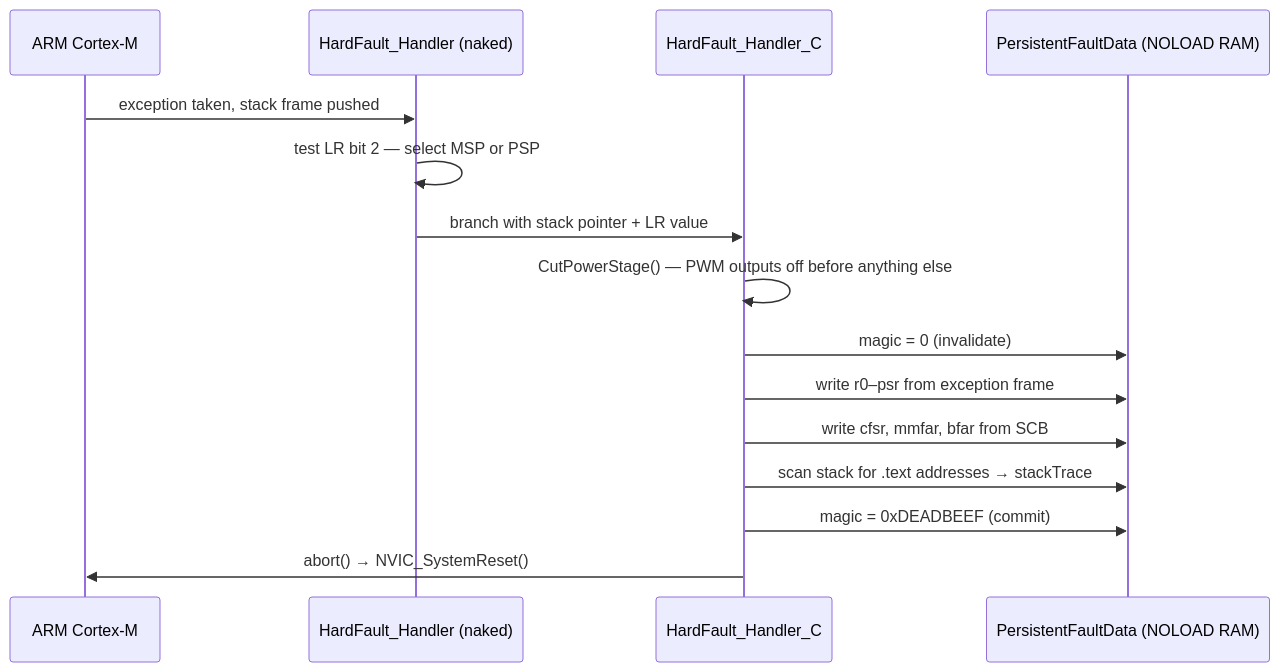
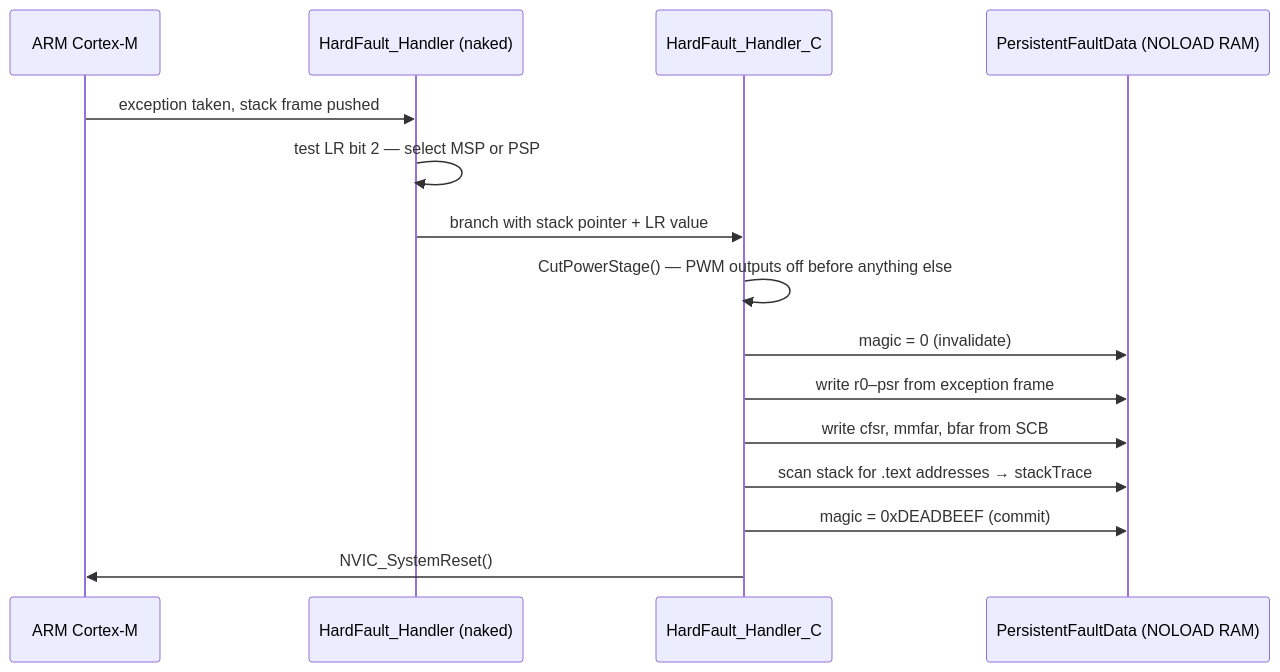
Before and after one commit to embedded-pro/e-foc: the third of 3 diagrams in documentation/design/error-handling.md, drawn with Mermaid. The commit also changed other lines of this file and 3 other files, not shown here.

````diff
--- a/documentation/design/error-handling.md
+++ b/documentation/design/error-handling.md
@@ -250,18 +264,18 @@
 ```mermaid
 sequenceDiagram
     participant CPU as ARM Cortex-M
     participant Asm as HardFault_Handler (naked)
     participant C as HardFault_Handler_C
     participant PFD as PersistentFaultData (NOLOAD RAM)
 
     CPU->>Asm: exception taken, stack frame pushed
     Asm->>Asm: test LR bit 2 — select MSP or PSP
     Asm->>C: branch with stack pointer + LR value
     C->>C: CutPowerStage() — PWM outputs off before anything else
     C->>PFD: magic = 0  (invalidate)
     C->>PFD: write r0–psr from exception frame
     C->>PFD: write cfsr, mmfar, bfar from SCB
     C->>PFD: scan stack for .text addresses → stackTrace
     C->>PFD: magic = 0xDEADBEEF  (commit)
-    C->>CPU: abort() → NVIC_SystemReset()
+    C->>CPU: NVIC_SystemReset()
 ```
````
